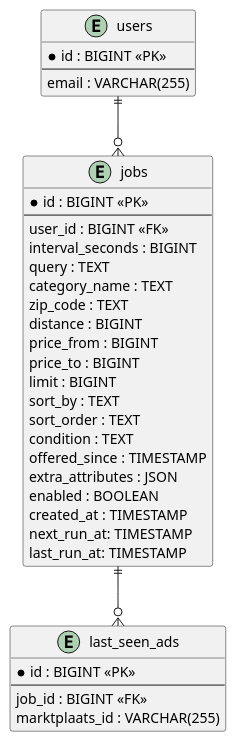
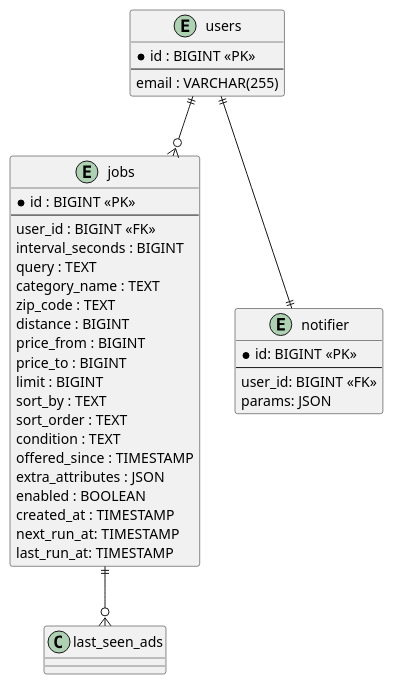
The diagram in docs/diagrams/database.puml (RyanHam04/marktplaats-scheduler), drawn with PlantUML before and after one commit. The commit also changed 20 other files, not shown here.

```diff
--- a/docs/diagrams/database.puml
+++ b/docs/diagrams/database.puml
@@ -1,42 +1,45 @@
 @startuml
 
 entity users {
   * id : BIGINT <<PK>>
   --
   email : VARCHAR(255)
 }
 
 entity jobs {
   * id : BIGINT <<PK>>
   --
   user_id : BIGINT <<FK>>
   interval_seconds : BIGINT
   query : TEXT
   category_name : TEXT
   zip_code : TEXT
   distance : BIGINT
   price_from : BIGINT
   price_to : BIGINT
   limit : BIGINT
   sort_by : TEXT
   sort_order : TEXT
   condition : TEXT
   offered_since : TIMESTAMP
   extra_attributes : JSON
   enabled : BOOLEAN
   created_at : TIMESTAMP
   next_run_at: TIMESTAMP
   last_run_at: TIMESTAMP
 }
 
-entity last_seen_ads {
-  * id : BIGINT <<PK>>
+entity notifier {
+  * id: BIGINT <<PK>>
   --
-  job_id : BIGINT <<FK>>
-  marktplaats_id : VARCHAR(255)
+  user_id: BIGINT <<FK>>
+  params: JSON
 }
 
+
+
 users ||--o{ jobs
+users ||--|| notifier
 jobs ||--o{ last_seen_ads
 
 @enduml
```
